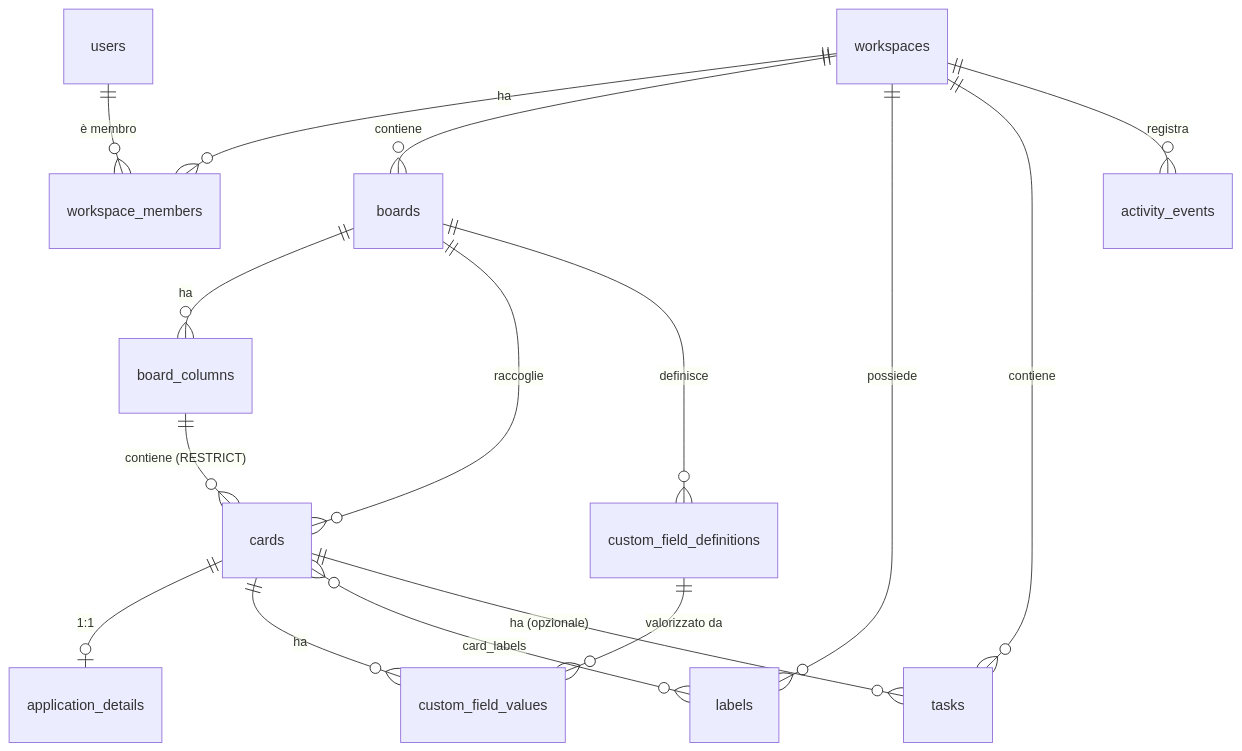
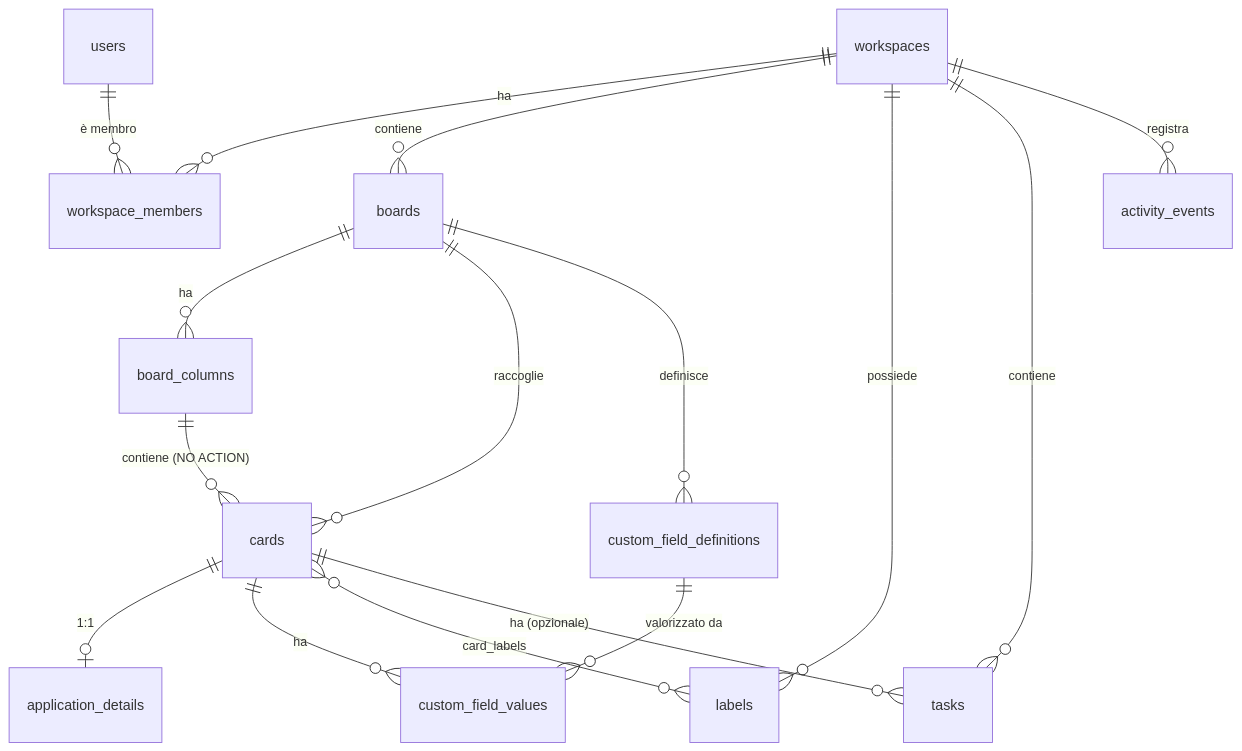
One commit to lonelyfrank/jobward changed the diagram in docs/architecture/database.md. Above: the diagram before and after it, drawn with Mermaid. The commit also changed other lines of this file and 54 other files, not shown here.

````diff
--- a/docs/architecture/database.md
+++ b/docs/architecture/database.md
@@ -8,18 +8,18 @@
 ```mermaid
 erDiagram
   users ||--o{ workspace_members : "è membro"
   workspaces ||--o{ workspace_members : "ha"
   workspaces ||--o{ boards : contiene
   boards ||--o{ board_columns : ha
-  board_columns ||--o{ cards : "contiene (RESTRICT)"
+  board_columns ||--o{ cards : "contiene (NO ACTION)"
   boards ||--o{ cards : raccoglie
   cards ||--o| application_details : "1:1"
   boards ||--o{ custom_field_definitions : definisce
   custom_field_definitions ||--o{ custom_field_values : "valorizzato da"
   cards ||--o{ custom_field_values : ha
   workspaces ||--o{ labels : possiede
   cards }o--o{ labels : "card_labels"
   workspaces ||--o{ tasks : contiene
   cards ||--o{ tasks : "ha (opzionale)"
   workspaces ||--o{ activity_events : registra
 ```
````
